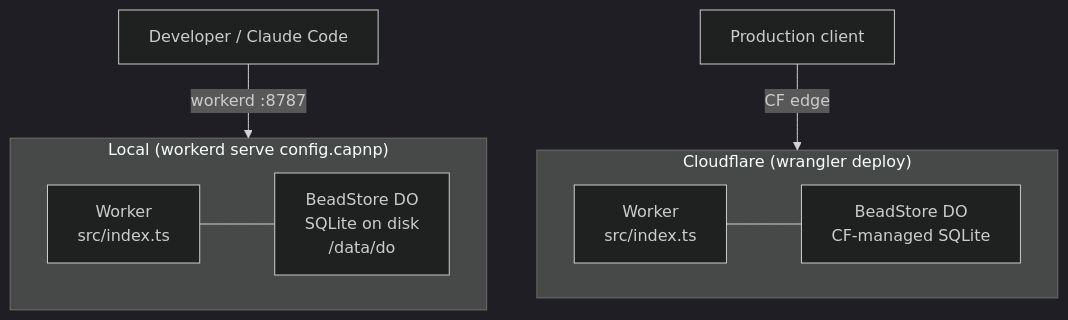
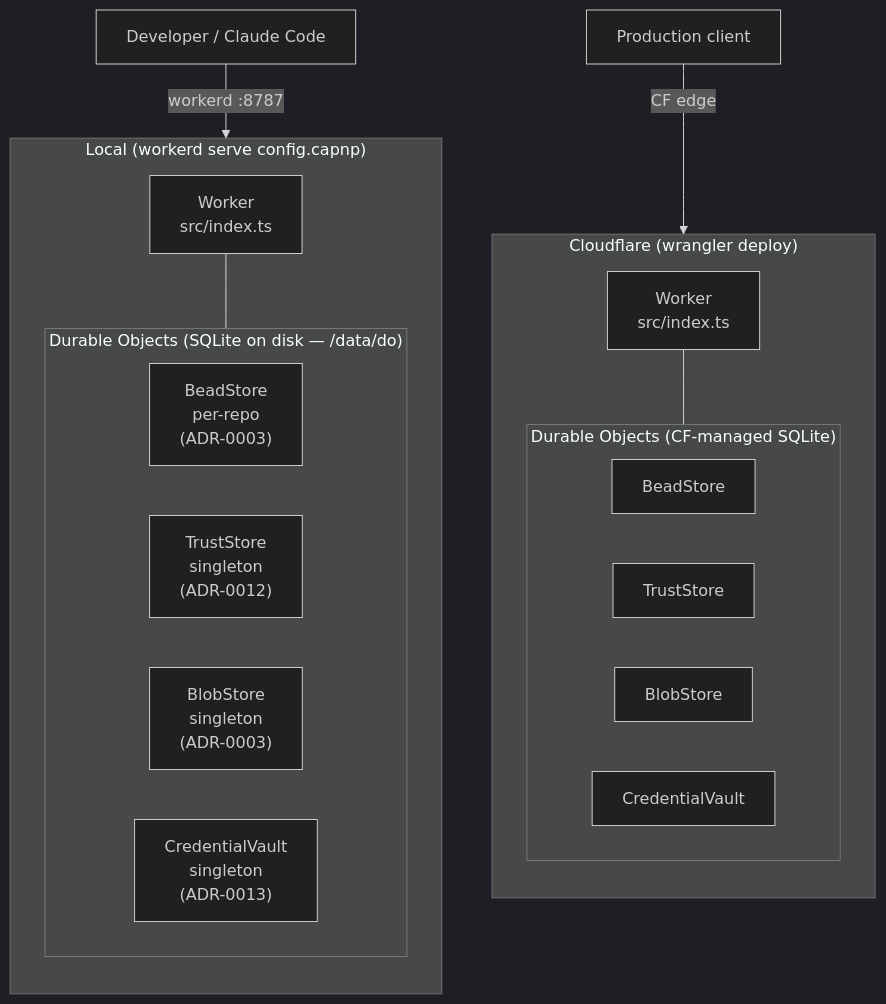
One commit to agentic-research/cloister changed the first of 11 diagrams in docs/ARCHITECTURE.md. Above: the diagram before and after it, drawn with Mermaid (dark theme). The commit also changed other lines of this file and 2 other files, not shown here.

First paragraph of the commit message:
[bead:cloister] docs: refresh README + ARCHITECTURE + AGENTS for vault wiring + ADR-0013
Stale doc surface after this session's substrate work:

````diff
--- a/docs/ARCHITECTURE.md
+++ b/docs/ARCHITECTURE.md
@@ -73,19 +73,31 @@
 ```mermaid
 graph TB
     subgraph local ["Local (workerd serve config.capnp)"]
-        direction LR
-        W["Worker\nsrc/index.ts"]
-        DO["BeadStore DO\nSQLite on disk\n/data/do"]
-        W --- DO
+        direction TB
+        W["Worker<br/>src/index.ts"]
+        subgraph dos ["Durable Objects (SQLite on disk — /data/do)"]
+            direction LR
+            BEAD["BeadStore<br/>per-repo<br/>(ADR-0003)"]
+            TRUST["TrustStore<br/>singleton<br/>(ADR-0012)"]
+            BLOB["BlobStore<br/>singleton<br/>(ADR-0003)"]
+            VAULT["CredentialVault<br/>singleton<br/>(ADR-0013)"]
+        end
+        W --- dos
     end
 
     subgraph cf ["Cloudflare (wrangler deploy)"]
-        direction LR
-        CW["Worker\nsrc/index.ts"]
-        CDO["BeadStore DO\nCF-managed SQLite"]
-        CW --- CDO
+        direction TB
+        CW["Worker<br/>src/index.ts"]
+        subgraph cdos ["Durable Objects (CF-managed SQLite)"]
+            direction LR
+            CBEAD["BeadStore"]
+            CTRUST["TrustStore"]
+            CBLOB["BlobStore"]
+            CVAULT["CredentialVault"]
+        end
+        CW --- cdos
     end
 
     Dev["Developer / Claude Code"] -->|workerd :8787| local
     Prod["Production client"] -->|CF edge| cf
 ```
````
